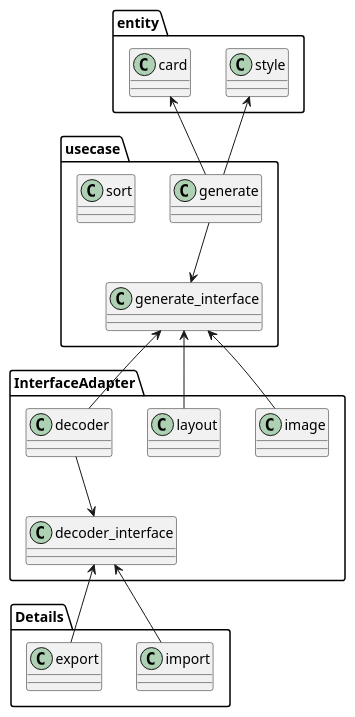
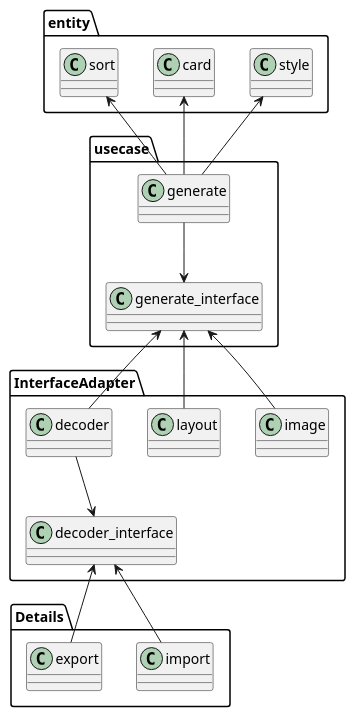
The diagram in design/class.pu (lapis2411/card-generator), drawn with PlantUML before and after one commit.

Commit message:
update uml

```diff
--- a/design/class.pu
+++ b/design/class.pu
@@ -1,35 +1,36 @@
 @startuml
 top to bottom direction
 package entity {
     class card
     class style
+    class sort
 }
 
 package usecase {
     class generate
     class generate_interface
-    class sort
 }
 
 package InterfaceAdapter{
     class image
     class layout
     class decoder
     class decoder_interface
 }
 
 package Details {
     class import
     class export
 }
 
+generate -up-> sort
 generate -up-> card
 generate -up-> style
 generate -down-> generate_interface
 image -up-> generate_interface
 layout -up-> generate_interface
 decoder -up-> generate_interface
 decoder -down-> decoder_interface
 import -up-> decoder_interface
 export -up-> decoder_interface
 @enduml
```
